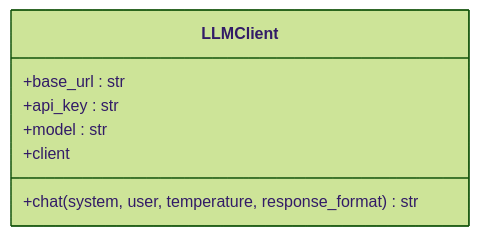
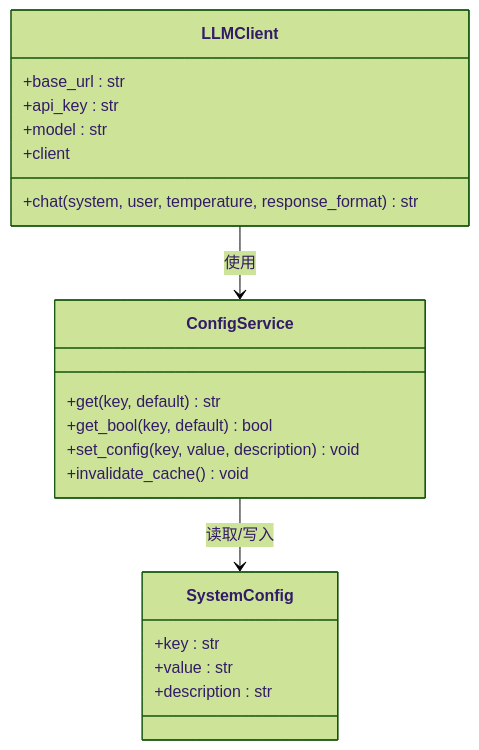
Before and after one commit to beyondalbert/my_wiki: the third of 8 diagrams in .qoder/repowiki/zh/content/配置管理/AI服务配置.md, drawn with Mermaid (forest theme). The commit also changed other lines of this file and 5 other files, not shown here.

````diff
--- a/.qoder/repowiki/zh/content/配置管理/AI服务配置.md
+++ b/.qoder/repowiki/zh/content/配置管理/AI服务配置.md
@@ -178,10 +225,23 @@
 ```mermaid
 classDiagram
 class LLMClient {
 +base_url : str
 +api_key : str
 +model : str
 +client
 +chat(system, user, temperature, response_format) str
 }
+class ConfigService {
++get(key, default) str
++get_bool(key, default) bool
++set_config(key, value, description) void
++invalidate_cache() void
+}
+class SystemConfig {
++key : str
++value : str
++description : str
+}
+LLMClient --> ConfigService : 使用
+ConfigService --> SystemConfig : 读取/写入
 ```
````
